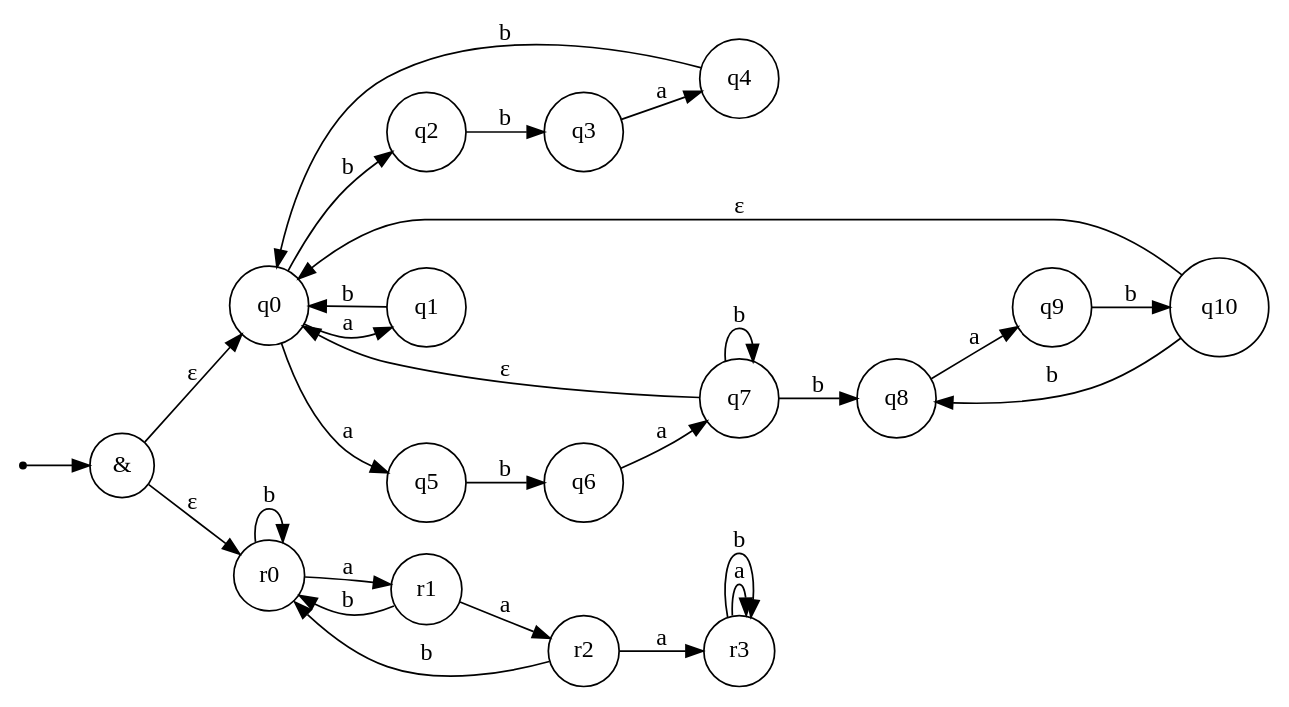
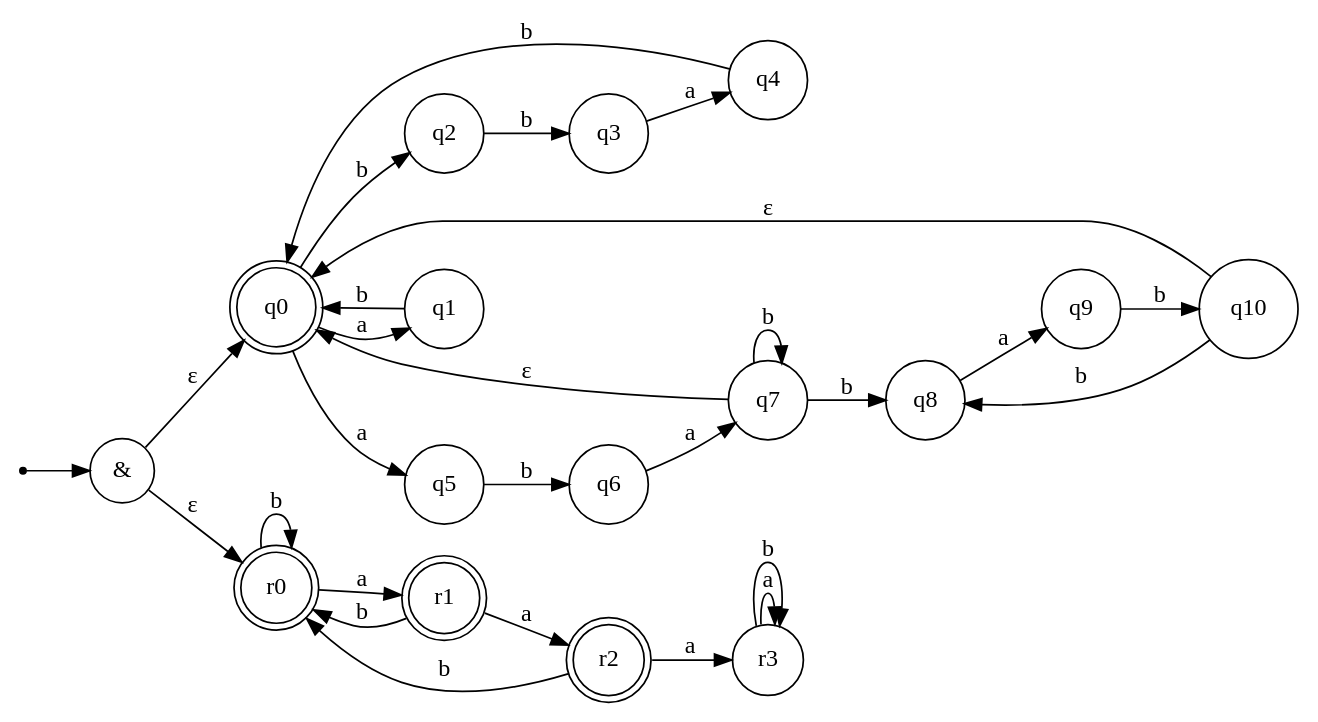
One commit to Matthew11K/formal-languages changed the third of 3 diagrams in lab2/README.md. Above: the diagram before and after it, drawn with Graphviz. The commit also changed other lines of this file, not shown here.

Commit message:
fix final state's rendering

````diff
--- a/lab2/README.md
+++ b/lab2/README.md
@@ -141,77 +143,76 @@
 ```dot
 digraph PKA {
     rankdir=LR;
 
     node [shape=circle];
 
     start [shape=point];
     
     amp [label="&"];
 
     start -> amp;
+
+    q0 [shape=doublecircle];
+    r0 [shape=doublecircle];
+    r1 [shape=doublecircle];
+    r2 [shape=doublecircle];
 
 
     q0 [label="q0"];
     q1 [label="q1"];
     q2 [label="q2"];
     q3 [label="q3"];
     q4 [label="q4"];
     q5 [label="q5"];
     q6 [label="q6"];
     q7 [label="q7"];
     q8 [label="q8"];
     q9 [label="q9"];
     q10 [label="q10"];
 
     amp -> q0 [label="ε"];
 
     q0 -> q1 [label="a"];
     q0 -> q5 [label="a"];
     q0 -> q2 [label="b"];
 
     q1 -> q0 [label="b"];
 
     q2 -> q3 [label="b"];
     q3 -> q4 [label="a"];
     q4 -> q0 [label="b"];
 
     q5 -> q6 [label="b"];
     q6 -> q7 [label="a"];
 
     q7 -> q7 [label="b"];
     q7 -> q8 [label="b"];
     q8 -> q9 [label="a"];
     q9 -> q10 [label="b"];
     q10 -> q8 [label="b"];
 
     q7 -> q0 [label="ε"];
     q10 -> q0 [label="ε"];
 
 
     r0 [label="r0"];
     r1 [label="r1"];
     r2 [label="r2"];
     r3 [label="r3"];
 
     amp -> r0 [label="ε"];
 
     r0 -> r1 [label="a"];
     r0 -> r0 [label="b"];
 
     r1 -> r2 [label="a"];
     r1 -> r0 [label="b"];
 
     r2 -> r3 [label="a"];
     r2 -> r0 [label="b"];
 
     r3 -> r3 [label="a"];
     r3 -> r3 [label="b"];
-
-    node [shape=doublecircle];
-    q0;
-    r0;
-    r1;
-    r2;
 }
 
 ```
````
